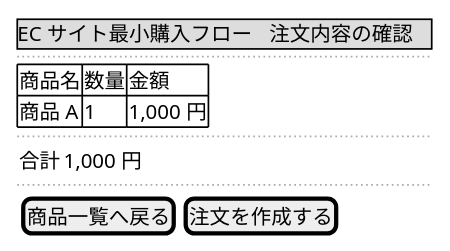
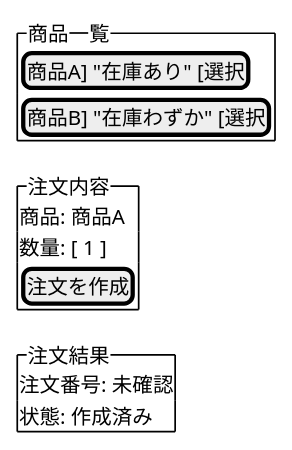
The first of 2 diagrams in examples/04-construction-implementation-planned/aidlc/spaces/default/intents/260703-minimum-purchase-flow/ideation/rough-mockups/wireframes.md (amadeus-dlc/amadeus), drawn with PlantUML before and after one commit. The commit also changed other lines of this file and 288 other files, not shown here.

````diff
--- a/examples/04-construction-implementation-planned/aidlc/spaces/default/intents/260703-minimum-purchase-flow/ideation/rough-mockups/wireframes.md
+++ b/examples/04-construction-implementation-planned/aidlc/spaces/default/intents/260703-minimum-purchase-flow/ideation/rough-mockups/wireframes.md
@@ -29,16 +7,19 @@
 ```plantuml
 @startsalt
 {
-  {* EC サイト最小購入フロー | 注文内容の確認 }
-  ..
-  {#
-    商品名 | 数量 | 金額
-    商品 A | 1 | 1,000 円
+  {^"商品一覧"
+    [商品A] "在庫あり" [選択]
+    [商品B] "在庫わずか" [選択]
   }
-  ..
-  { 合計 | 1,000 円 }
-  ..
-  { [ 商品一覧へ戻る ] | [ 注文を作成する ] }
+  {^"注文内容"
+    商品: 商品A
+    数量: [ 1 ]
+    [注文を作成]
+  }
+  {^"注文結果"
+    注文番号: 未確認
+    状態: 作成済み
+  }
 }
 @endsalt
 ```
````
